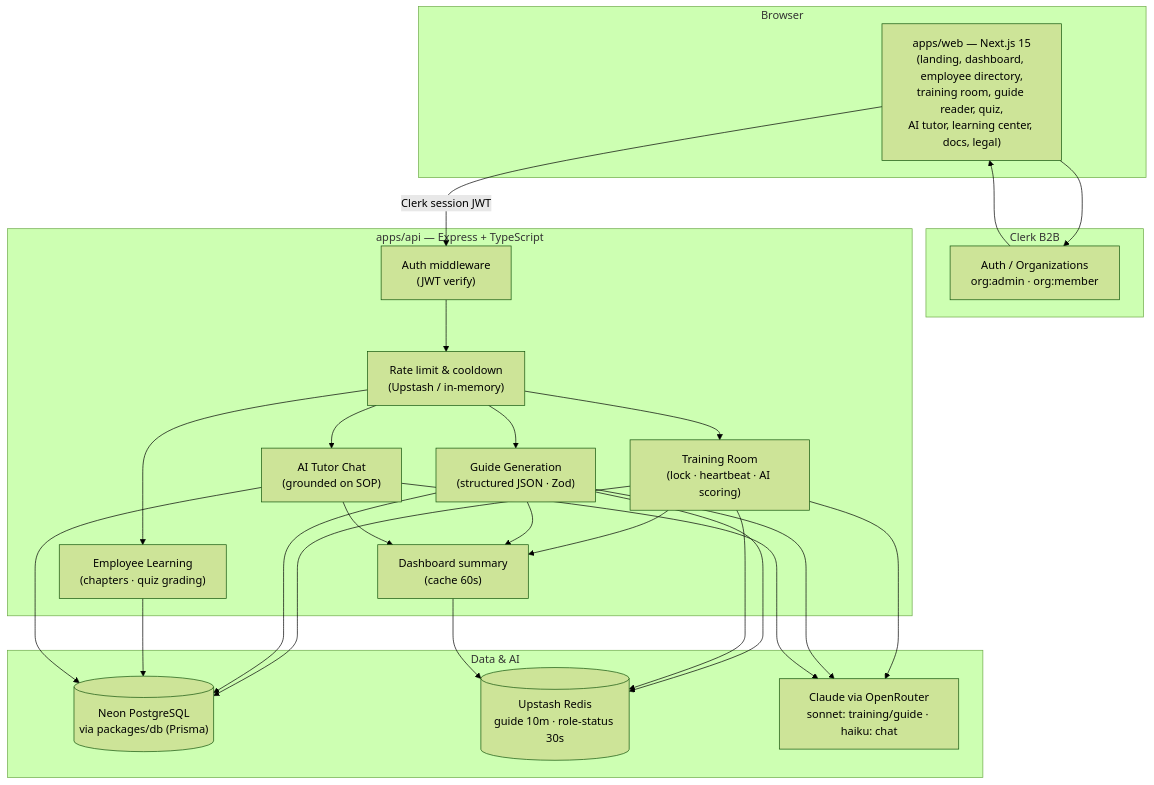
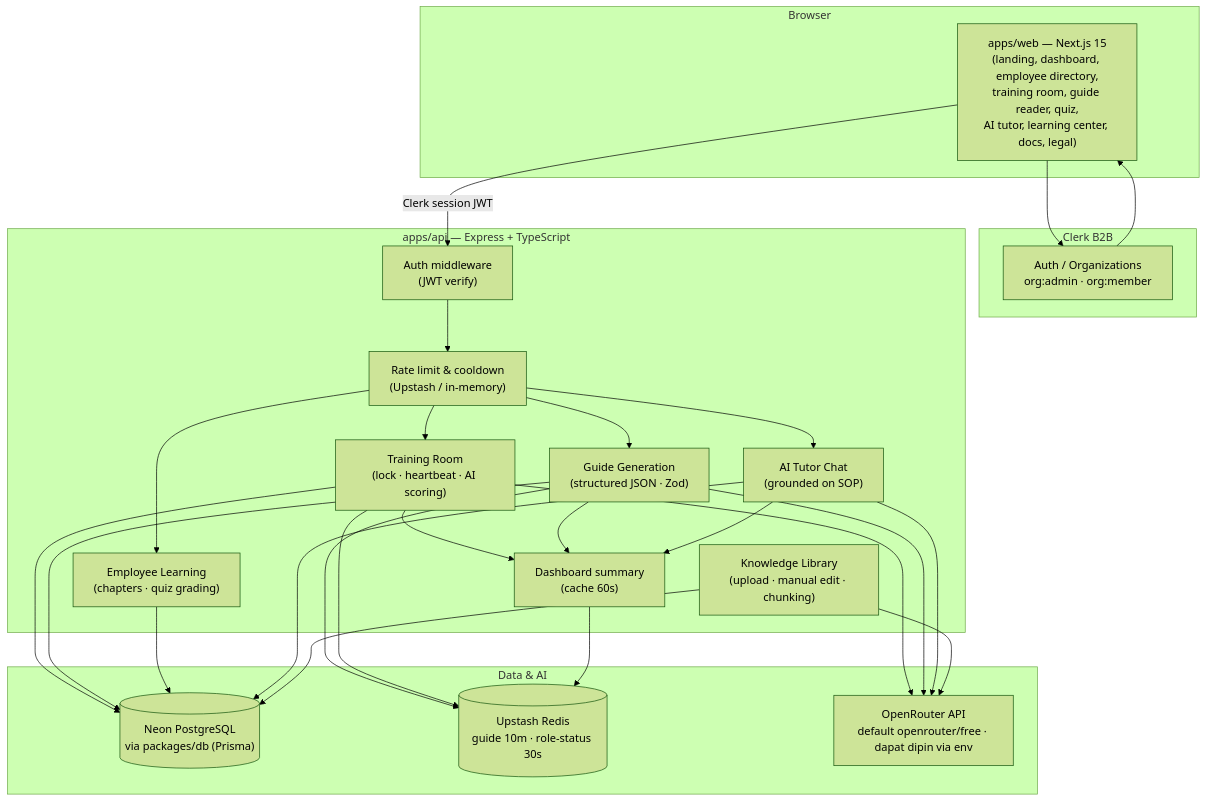
The diagram in README.md (alarixfr/emplobo), drawn with Mermaid (forest theme) before and after one commit. The commit also changed other lines of this file and 36 other files, not shown here.

First line of the commit message:
feat(knowledge,ai): knowledge library, content editor, OpenRouter free model

````diff
--- a/README.md
+++ b/README.md
@@ -180,39 +186,41 @@
 ```mermaid
 flowchart TB
   subgraph Browser["Browser"]
     W["apps/web — Next.js 15<br/>(landing, dashboard, employee directory,<br/>training room, guide reader, quiz,<br/>AI tutor, learning center, docs, legal)"]
   end
 
   subgraph Clerk["Clerk B2B"]
     CL["Auth / Organizations<br/>org:admin · org:member"]
   end
 
   subgraph API["apps/api — Express + TypeScript"]
     A["Auth middleware<br/>(JWT verify)"]
     RL["Rate limit & cooldown<br/>(Upstash / in-memory)"]
     TR["Training Room<br/>(lock · heartbeat · AI scoring)"]
     GG["Guide Generation<br/>(structured JSON · Zod)"]
+    KB["Knowledge Library<br/>(upload · manual edit · chunking)"]
     EMP["Employee Learning<br/>(chapters · quiz grading)"]
     CH["AI Tutor Chat<br/>(grounded on SOP)"]
     DBX["Dashboard summary<br/>(cache 60s)"]
   end
 
   subgraph Data["Data & AI"]
     DB[("Neon PostgreSQL<br/>via packages/db (Prisma)")]
     RC[("Upstash Redis<br/>guide 10m · role-status 30s")]
-    AI["Claude via OpenRouter<br/>sonnet: training/guide · haiku: chat"]
+    AI["OpenRouter API<br/>default openrouter/free · dapat dipin via env"]
   end
 
   W -->|Clerk session JWT| A
   W --> CL
   CL --> W
   A --> RL
   RL --> TR & GG & EMP & CH
   TR --> AI
   GG --> AI
   CH --> AI
+  KB --> AI
   TR & GG & CH --> DBX
-  TR & GG & EMP & CH --> DB
+  TR & GG & EMP & CH & KB --> DB
   GG & TR --> RC
   DBX --> RC
 ```
````
